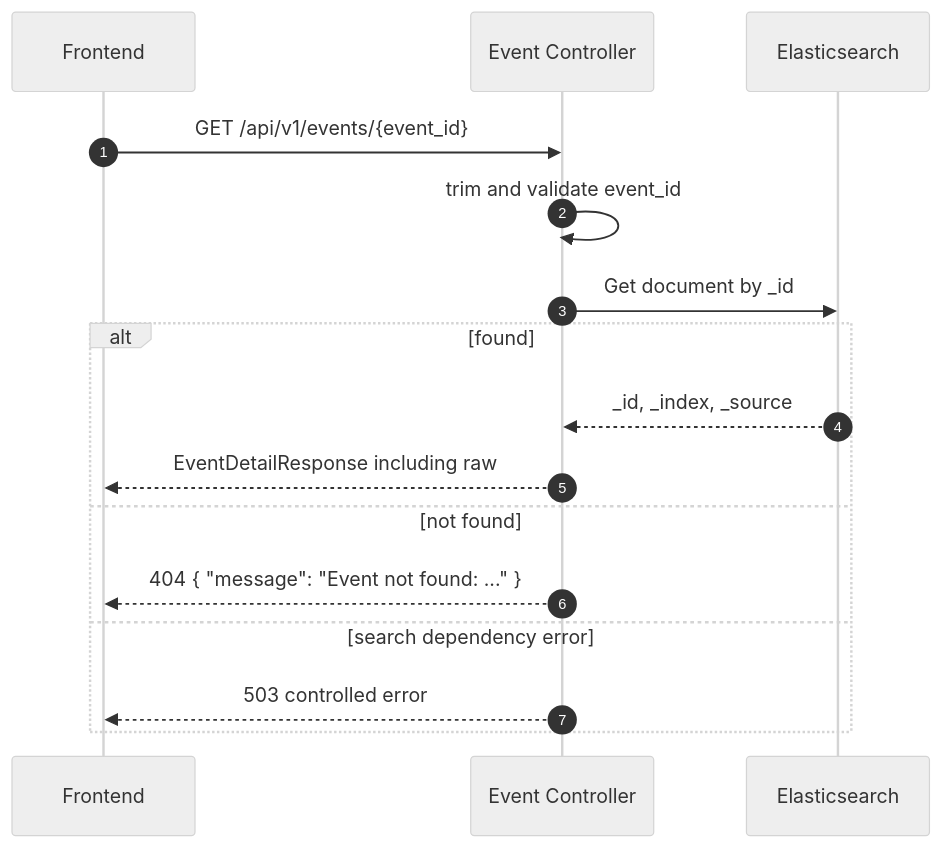
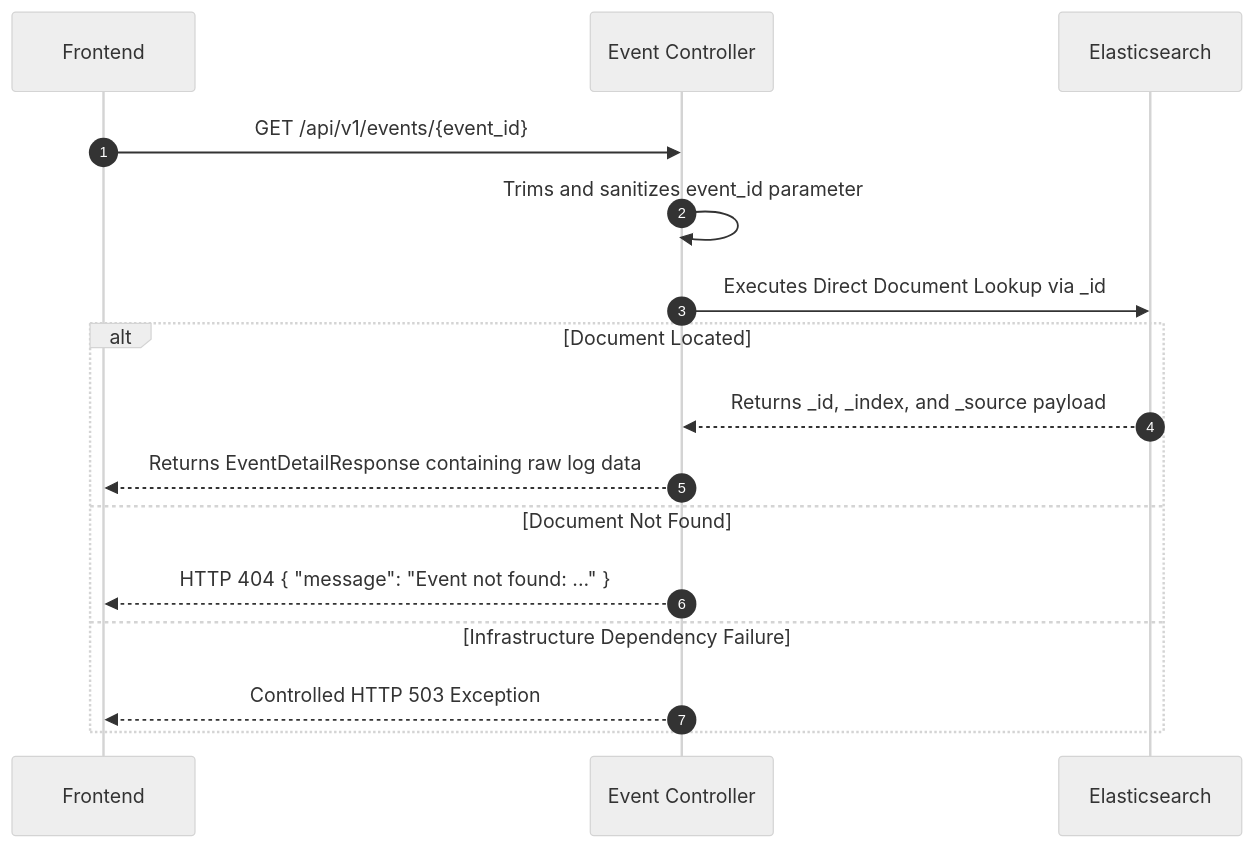
One commit to PhamVanMinhBinhThuan/soc-ai-search changed the sixth of 9 diagrams in docs/sequence-flow.md. Above: the diagram before and after it, drawn with Mermaid (neutral theme). The commit also changed other lines of this file and 7 other files, not shown here.

````diff
--- a/docs/sequence-flow.md
+++ b/docs/sequence-flow.md
@@ -219,20 +239,20 @@
 ```mermaid
 sequenceDiagram
     autonumber
     participant FE as Frontend
     participant API as Event Controller
     participant ES as Elasticsearch
 
     FE->>API: GET /api/v1/events/{event_id}
-    API->>API: trim and validate event_id
-    API->>ES: Get document by _id
+    API->>API: Trims and sanitizes event_id parameter
+    API->>ES: Executes Direct Document Lookup via _id
 
-    alt found
-        ES-->>API: _id, _index, _source
-        API-->>FE: EventDetailResponse including raw
-    else not found
-        API-->>FE: 404 { "message": "Event not found: ..." }
-    else search dependency error
-        API-->>FE: 503 controlled error
+    alt Document Located
+        ES-->>API: Returns _id, _index, and _source payload
+        API-->>FE: Returns EventDetailResponse containing raw log data
+    else Document Not Found
+        API-->>FE: HTTP 404 { "message": "Event not found: ..." }
+    else Infrastructure Dependency Failure
+        API-->>FE: Controlled HTTP 503 Exception
     end
 ```
````
